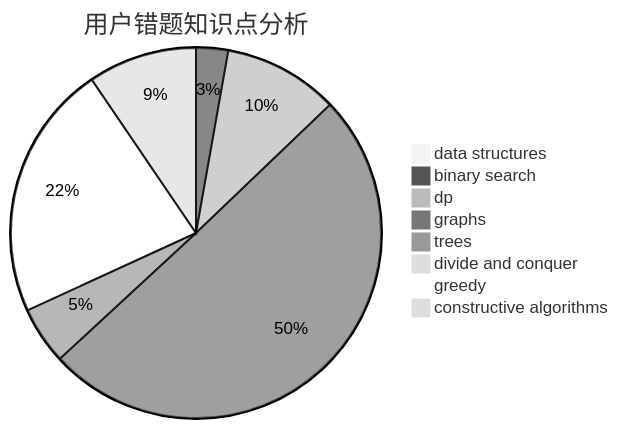
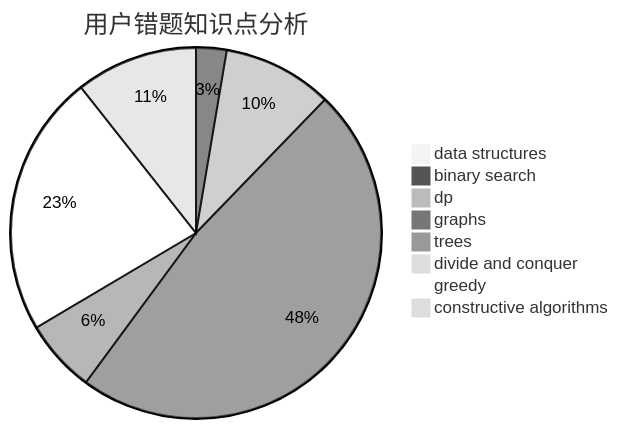
One commit to sherpahu/cfrs.github.io changed the third of 3 diagrams in docs/user/u2659.md. Above: the diagram before and after it, drawn with Mermaid (neutral theme). The commit also changed other lines of this file and 2770 other files, not shown here.

````diff
--- a/docs/user/u2659.md
+++ b/docs/user/u2659.md
@@ -36,11 +36,11 @@
 ```mermaid
 pie title 用户错题知识点分析
     "data structures" :  0
     "binary search" :  5
     "dp" :  18
     "graphs" :  90
-    "trees" :  9
+    "trees" :  12
     "divide and conquer" :  0
-    "greedy" :  40
-    "constructive algorithms" :  17
+    "greedy" :  43
+    "constructive algorithms" :  20
 ```
````
